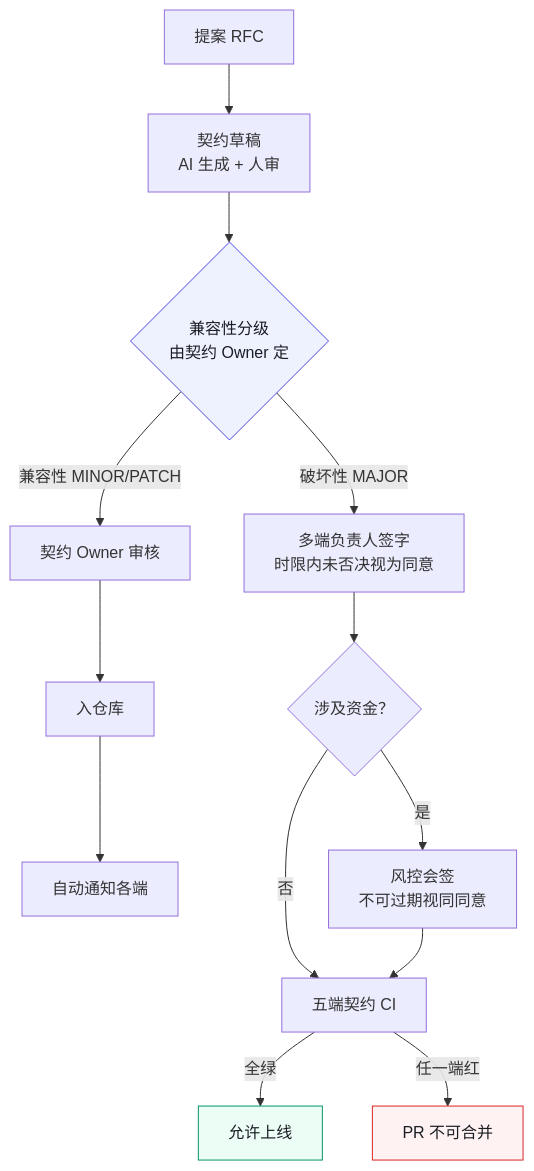
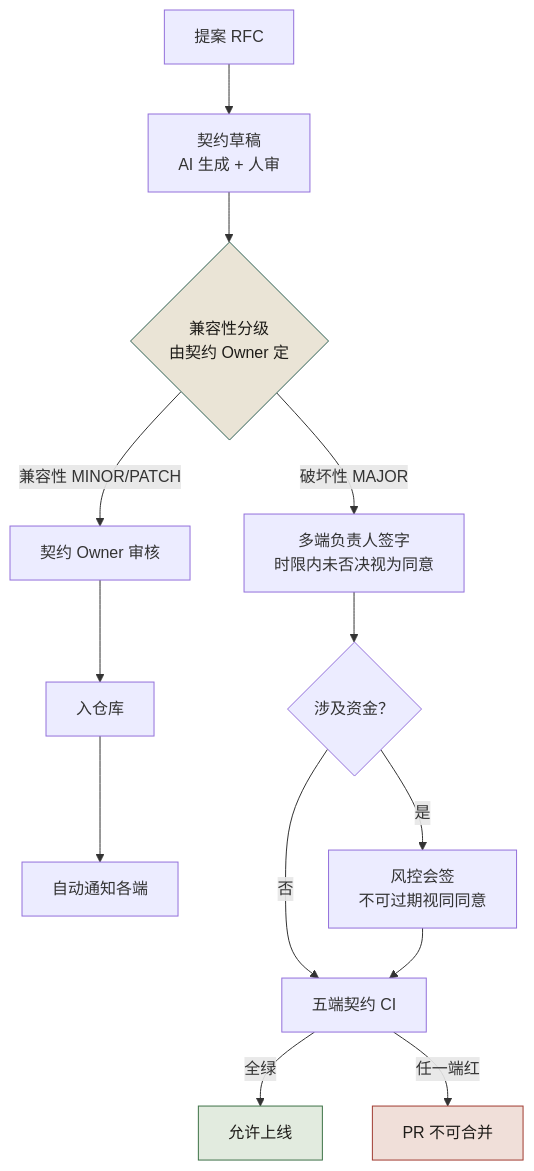
The first of 2 diagrams in docs/manuscript/ch40-附录I-契约治理规范模板.md (funny8kids/AI_Native_Software_Engineering), drawn with Mermaid before and after one commit. The commit also changed other lines of this file and 81 other files, not shown here.

````diff
--- a/docs/manuscript/ch40-附录I-契约治理规范模板.md
+++ b/docs/manuscript/ch40-附录I-契约治理规范模板.md
@@ -104,17 +106,17 @@
 ```mermaid
 flowchart TB
   RFC[提案 RFC] --> DRAFT[契约草稿<br/>AI 生成 + 人审]
   DRAFT --> GRADE{兼容性分级<br/>由契约 Owner 定}
   GRADE -->|兼容性 MINOR/PATCH| OWN[契约 Owner 审核]
   OWN --> MERGE1[入仓库] --> NOTIFY[自动通知各端]
   GRADE -->|破坏性 MAJOR| SIGN[多端负责人签字<br/>时限内未否决视为同意]
   SIGN --> RISK{涉及资金？}
   RISK -->|是| RSK[风控会签<br/>不可过期视同同意]
   RISK -->|否| CI5
   RSK --> CI5[五端契约 CI]
   CI5 -->|全绿| ONLINE[允许上线]
   CI5 -->|任一端红| BLOCK[PR 不可合并]
-  style BLOCK fill:#fef2f2,stroke:#dc2626,color:#1a1d23
-  style ONLINE fill:#ecfdf5,stroke:#059669,color:#1a1d23
-  style GRADE fill:#eef2ff,stroke:#4f46e5,color:#1a1d23
+  style BLOCK fill:#f0dfd9,stroke:#a03b31,color:#1e1c19
+  style ONLINE fill:#e2ebdf,stroke:#3e7247,color:#1e1c19
+  style GRADE fill:#eae4d6,stroke:#2f6154,color:#1e1c19
 ```
````
